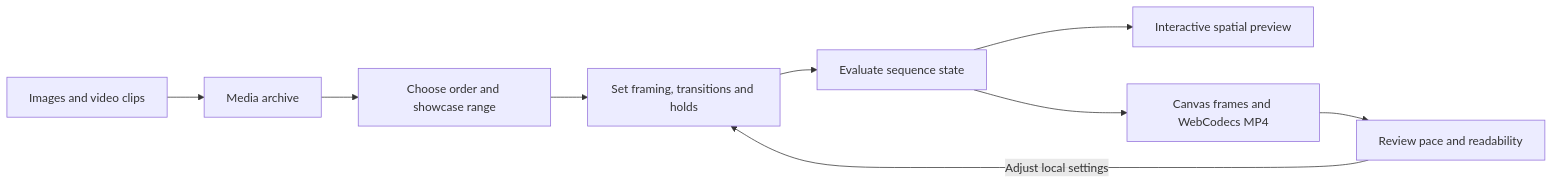
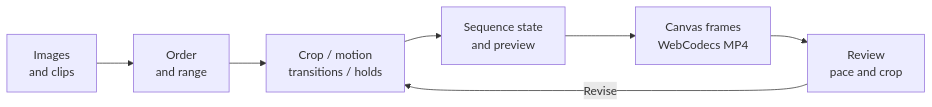
Before and after one commit to MuwenTriLi/creative-workflows: the diagram in projects/05-spatial-media-presenter/README.md, drawn with Mermaid. The commit also changed 4 other files, not shown here.

Commit message:
Make workflow diagrams readable at the default GitHub width

````diff
--- a/projects/05-spatial-media-presenter/README.md
+++ b/projects/05-spatial-media-presenter/README.md
@@ -24,11 +24,9 @@
 ```mermaid
 flowchart LR
-    A[Images and video clips] --> B[Media archive]
-    B --> C[Choose order and showcase range]
-    C --> D[Set framing, transitions and holds]
-    D --> E[Evaluate sequence state]
-    E --> F[Interactive spatial preview]
-    E --> G[Canvas frames and WebCodecs MP4]
-    G --> H[Review pace and readability]
-    H -->|Adjust local settings| D
+    A["Images<br/>and clips"] --> B["Order<br/>and range"]
+    B --> C["Crop / motion<br/>transitions / holds"]
+    C --> D["Sequence state<br/>and preview"]
+    D --> E["Canvas frames<br/>WebCodecs MP4"]
+    E --> F["Review<br/>pace and crop"]
+    F -->|Revise| C
 ```
````
